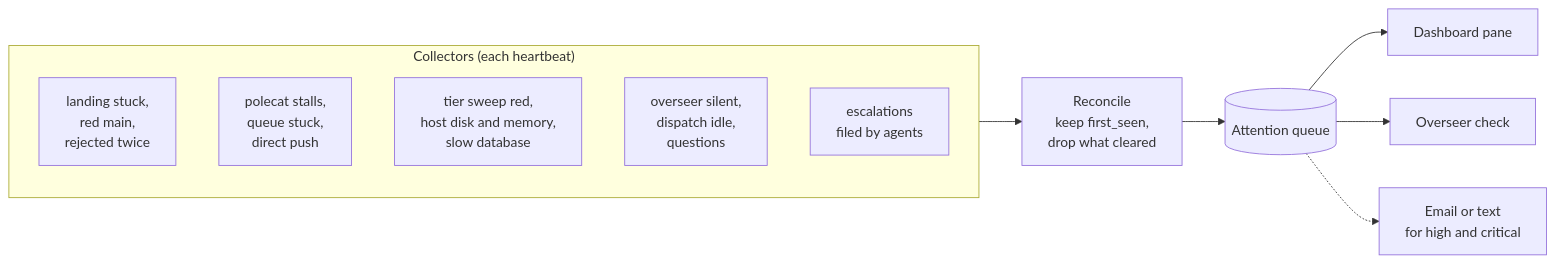
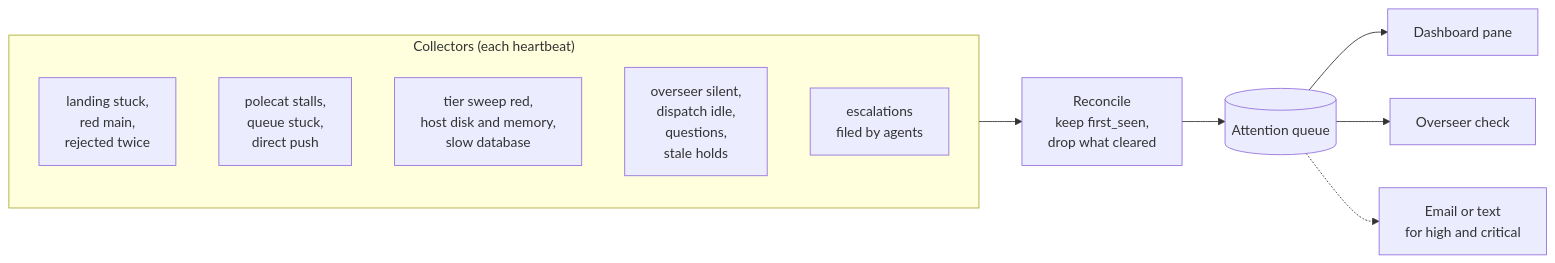
The eighth of 9 diagrams in docs/architecture.md (sloanahrens/gastown), drawn with Mermaid before and after one commit. The commit also changed 6 other files, not shown here.

````diff
--- a/docs/architecture.md
+++ b/docs/architecture.md
@@ -382,15 +382,15 @@
 ```mermaid
 flowchart LR
     subgraph COLLECT["Collectors (each heartbeat)"]
         C1["landing stuck,<br/>red main,<br/>rejected twice"]
         C2["polecat stalls,<br/>queue stuck,<br/>direct push"]
         C3["tier sweep red,<br/>host disk and memory,<br/>slow database"]
-        C4["overseer silent,<br/>dispatch idle,<br/>questions"]
+        C4["overseer silent,<br/>dispatch idle,<br/>questions,<br/>stale holds"]
         C5["escalations<br/>filed by agents"]
     end
     COLLECT --> REC["Reconcile<br/>keep first_seen,<br/>drop what cleared"]
     REC --> Q[("Attention queue")]
     Q --> DASH["Dashboard pane"]
     Q --> OVS["Overseer check"]
     Q -.-> NOTIFY["Email or text<br/>for high and critical"]
 ```
````
